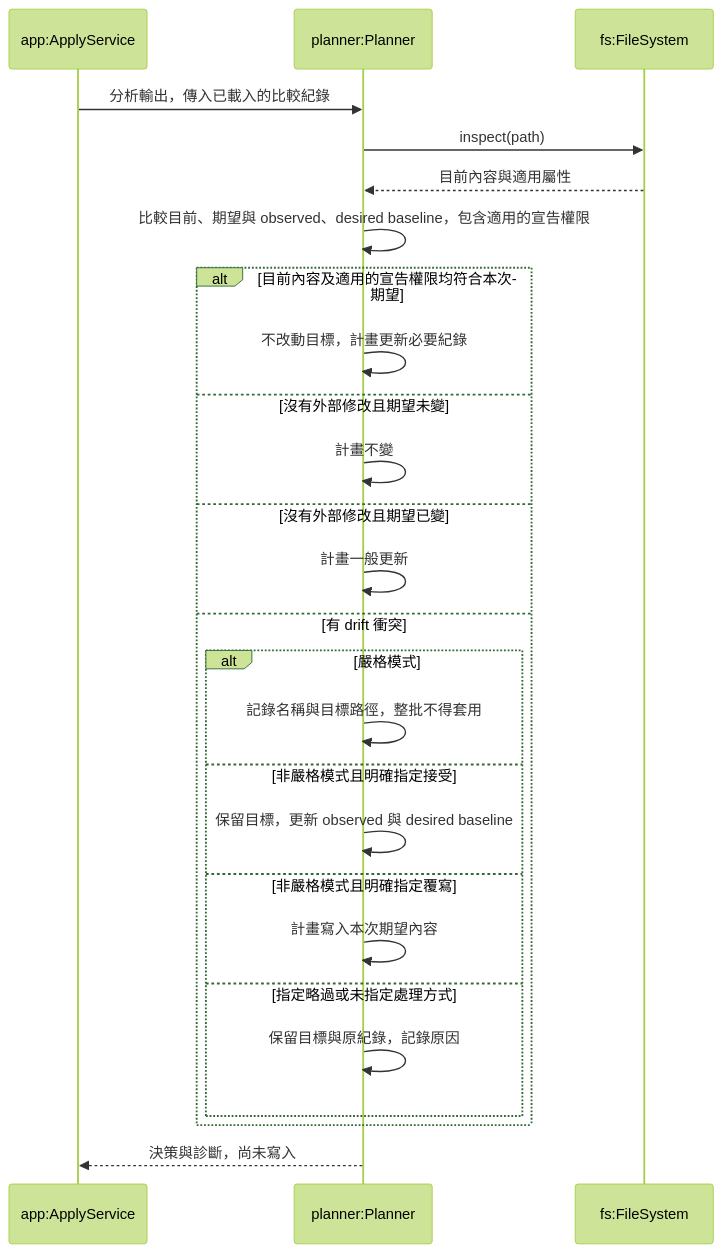
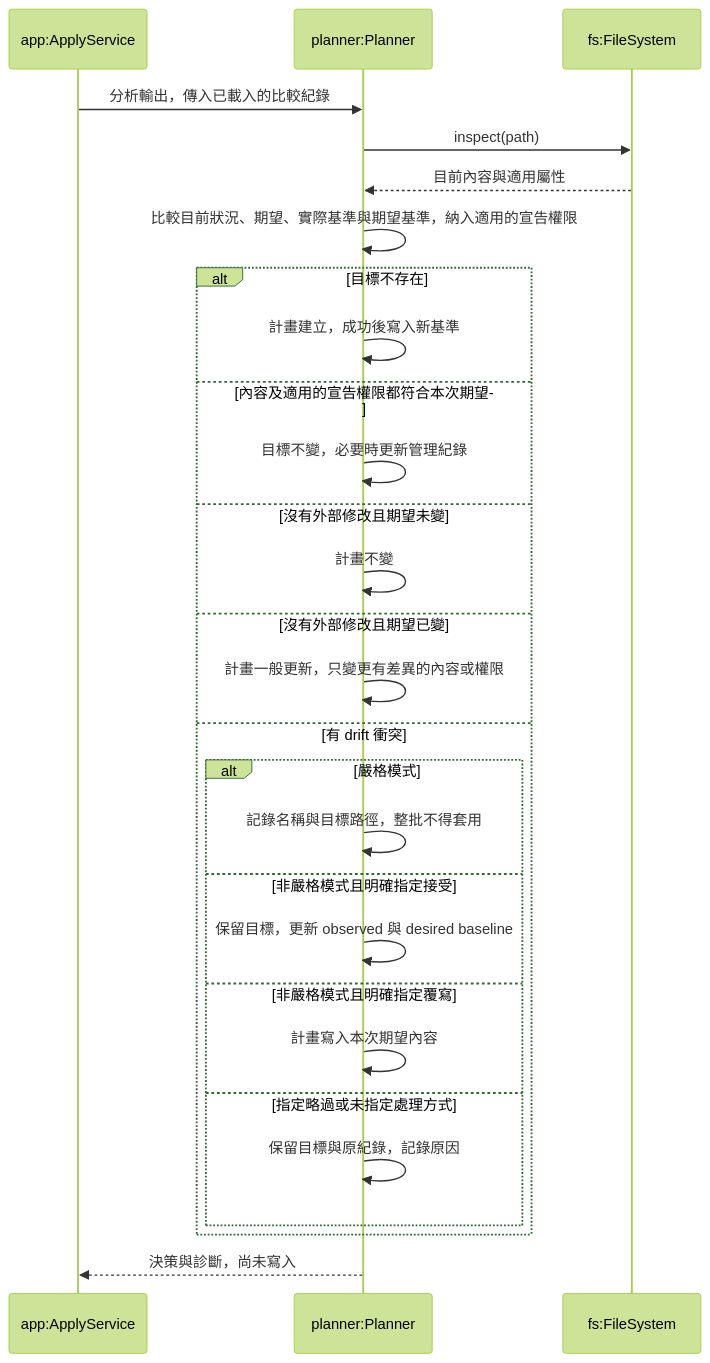
One commit to accidental-two-timer-sam-woof/rosamta-waterfall changed the seventh of 10 diagrams in docs/03-preliminary-design/uml.md. Above: the diagram before and after it, drawn with Mermaid (forest theme). The commit also changed other lines of this file and 11 other files, not shown here.

````diff
--- a/docs/03-preliminary-design/uml.md
+++ b/docs/03-preliminary-design/uml.md
@@ -516,28 +550,30 @@
 ```mermaid
 sequenceDiagram
     participant A as app:ApplyService
     participant P as planner:Planner
     participant F as fs:FileSystem
     A->>P: 分析輸出，傳入已載入的比較紀錄
     P->>F: inspect(path)
     F-->>P: 目前內容與適用屬性
-    P->>P: 比較目前、期望與 observed、desired baseline，包含適用的宣告權限
-    alt 目前內容及適用的宣告權限均符合本次期望
-        P->>P: 不改動目標，計畫更新必要紀錄
+    P->>P: 比較目前狀況、期望、實際基準與期望基準，納入適用的宣告權限
+    alt 目標不存在
+        P->>P: 計畫建立，成功後寫入新基準
+    else 內容及適用的宣告權限都符合本次期望
+        P->>P: 目標不變，必要時更新管理紀錄
     else 沒有外部修改且期望未變
         P->>P: 計畫不變
     else 沒有外部修改且期望已變
-        P->>P: 計畫一般更新
+        P->>P: 計畫一般更新，只變更有差異的內容或權限
     else 有 drift 衝突
         alt 嚴格模式
             P->>P: 記錄名稱與目標路徑，整批不得套用
         else 非嚴格模式且明確指定接受
             P->>P: 保留目標，更新 observed 與 desired baseline
         else 非嚴格模式且明確指定覆寫
             P->>P: 計畫寫入本次期望內容
         else 指定略過或未指定處理方式
             P->>P: 保留目標與原紀錄，記錄原因
         end
     end
     P-->>A: 決策與診斷，尚未寫入
 ```
````
